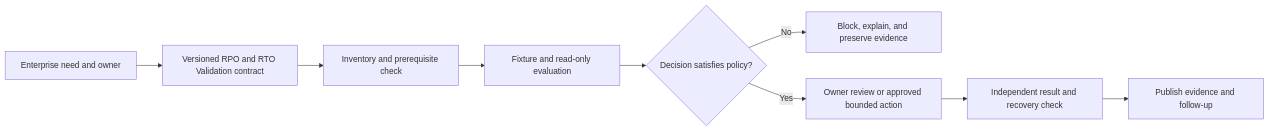
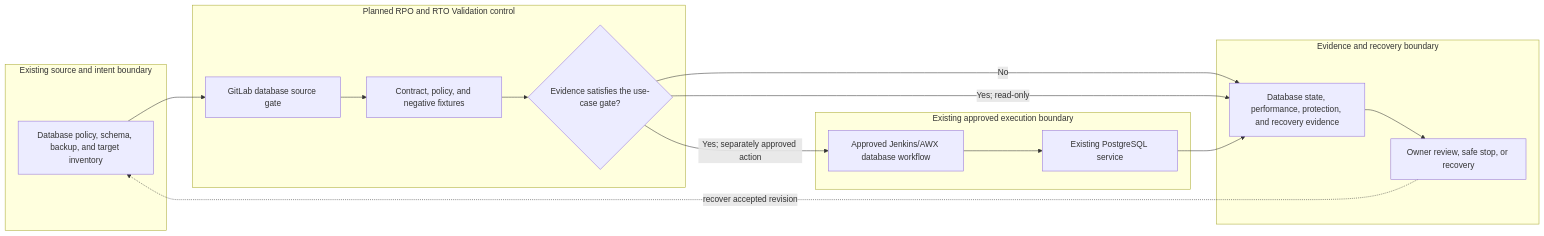
The diagram in docs/use-cases/database/UC-DB-016-rpo-and-rto-validation.md (MIDHTECH/enterprise-architecture-docs), drawn with Mermaid before and after one commit. The commit also changed other lines of this file and 227 other files, not shown here.

Commit message:
Deepen architecture for all use case designs

````diff
--- a/docs/use-cases/database/UC-DB-016-rpo-and-rto-validation.md
+++ b/docs/use-cases/database/UC-DB-016-rpo-and-rto-validation.md
@@ -136,11 +129,25 @@
 ```mermaid
 flowchart LR
-    Need["Enterprise need and owner"] --> Contract["Versioned RPO and RTO Validation contract"]
-    Contract --> Preflight["Inventory and prerequisite check"]
-    Preflight --> Evaluate["Fixture and read-only evaluation"]
-    Evaluate --> Decision{"Decision satisfies policy?"}
-    Decision -->|No| Stop["Block, explain, and preserve evidence"]
-    Decision -->|Yes| Review["Owner review or approved bounded action"]
-    Review --> Verify["Independent result and recovery check"]
-    Verify --> Publish["Publish evidence and follow-up"]
+    subgraph Source["Existing source and intent boundary"]
+        A["Database policy, schema, backup, and target inventory"]
+    end
+    subgraph Planned["Planned RPO and RTO Validation control"]
+        B["GitLab database source gate"]
+        C["Contract, policy, and negative fixtures"]
+        D{"Evidence satisfies the use-case gate?"}
+    end
+    subgraph Runtime["Existing approved execution boundary"]
+        E["Approved Jenkins/AWX database workflow"]
+        F["Existing PostgreSQL service"]
+    end
+    subgraph Assurance["Evidence and recovery boundary"]
+        G["Database state, performance, protection, and recovery evidence"]
+        H["Owner review, safe stop, or recovery"]
+    end
+
+    A --> B --> C --> D
+    D -->|No| G --> H
+    D -->|Yes; read-only| G
+    D -->|Yes; separately approved action| E --> F --> G
+    H -. recover accepted revision .-> A
 ```
````
